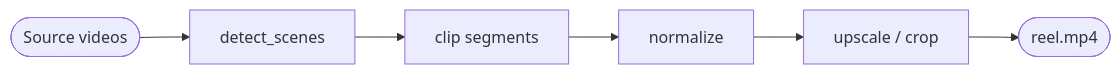
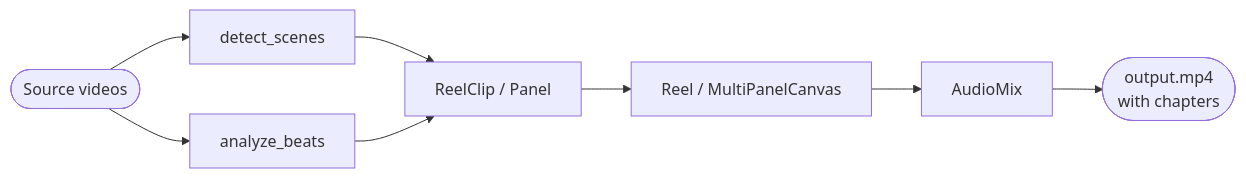
One commit to xolvco/videoflow changed the diagram in docs/index.md. Above: the diagram before and after it, drawn with Mermaid. The commit also changed other lines of this file and 10 other files, not shown here.

````diff
--- a/docs/index.md
+++ b/docs/index.md
@@ -17,8 +21,10 @@
 ```mermaid
 flowchart LR
     A([Source videos]) --> B[detect_scenes]
-    B --> C[clip segments]
-    C --> D[normalize]
-    D --> E[upscale / crop]
-    E --> F([reel.mp4])
+    A --> C[analyze_beats]
+    B --> D[ReelClip / Panel]
+    C --> D
+    D --> E[Reel / MultiPanelCanvas]
+    E --> F[AudioMix]
+    F --> G([output.mp4\nwith chapters])
 ```
````
